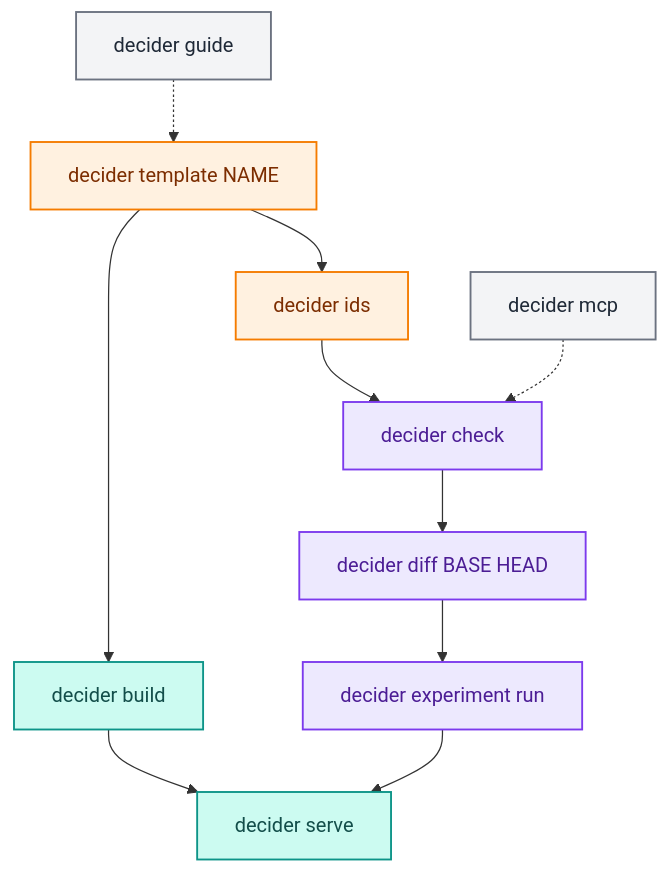
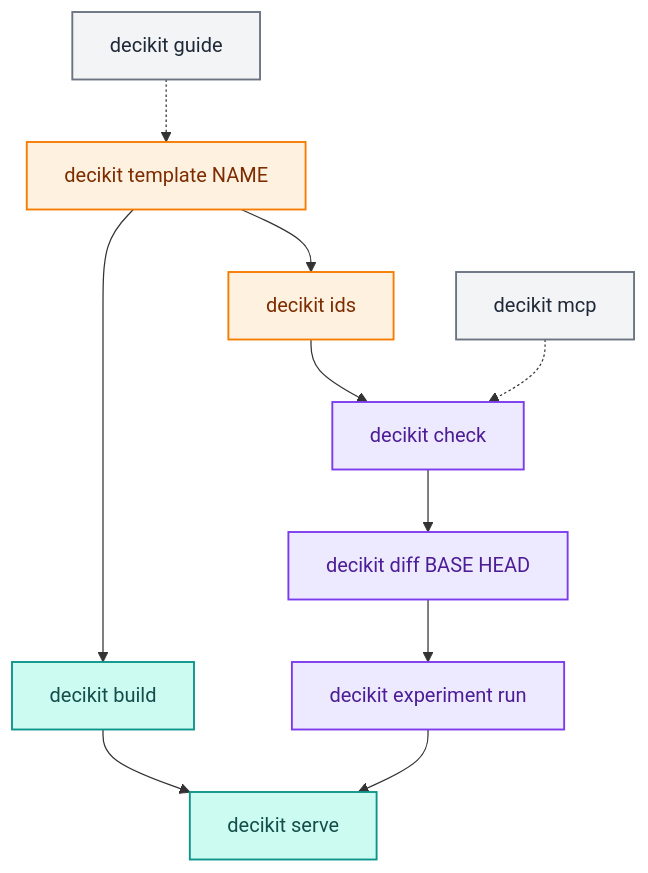
The diagram in docs/guides/cli-and-mcp.md (capitec/dsp-decision-engine), drawn with Mermaid before and after one commit. The commit also changed other lines of this file and 1292 other files, not shown here.

Commit message:
rename decider to decikit: package, CLI, DECIKIT_* settings, plugin, extension, docs prose says decider toolkit

````diff
--- a/docs/guides/cli-and-mcp.md
+++ b/docs/guides/cli-and-mcp.md
@@ -5,20 +5,20 @@
 ```mermaid
 flowchart TD
-    T["decider template NAME"] --> B["decider build"]
-    B --> S["decider serve"]
-    T --> I["decider ids"]
-    I --> C["decider check"]
-    C --> D["decider diff BASE HEAD"]
-    D --> E["decider experiment run"]
+    T["decikit template NAME"] --> B["decikit build"]
+    B --> S["decikit serve"]
+    T --> I["decikit ids"]
+    I --> C["decikit check"]
+    C --> D["decikit diff BASE HEAD"]
+    D --> E["decikit experiment run"]
     E --> S
-    G["decider guide"] -.-> T
-    M["decider mcp"] -.-> C
+    G["decikit guide"] -.-> T
+    M["decikit mcp"] -.-> C
     classDef authoring fill:#fff1e0,stroke:#f57c00,color:#7c2d00,stroke-width:1.5px;
     classDef tooling fill:#ede9fe,stroke:#7c3aed,color:#4c1d95,stroke-width:1.5px;
     classDef engine fill:#ccfbf1,stroke:#0d9488,color:#134e4a,stroke-width:1.5px;
     classDef neutral fill:#f3f4f6,stroke:#6b7280,color:#1f2937,stroke-width:1.5px;
     class T,I authoring
     class C,D,E tooling
     class B,S engine
     class G,M neutral
 ```
````
